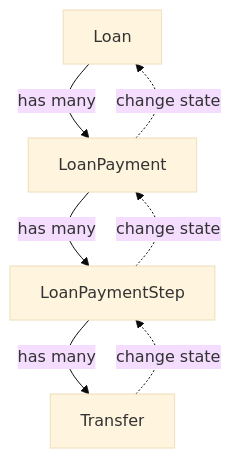
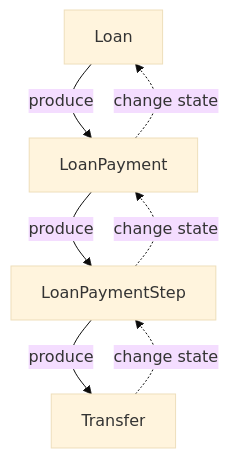
Before and after one commit to jangot/archipelago-rules: the fourth of 5 diagrams in docs/loan-domain.md, drawn with Mermaid (base theme). The commit also changed other lines of this file, not shown here.

````diff
--- a/docs/loan-domain.md
+++ b/docs/loan-domain.md
@@ -499,10 +499,10 @@
 ```mermaid
 flowchart TD
-    Loan --has many--> LoanPayment
-    LoanPayment --has many--> LoanPaymentStep
-    LoanPaymentStep --has many--> Transfer
+    Loan --produce--> LoanPayment
+    LoanPayment --produce--> LoanPaymentStep
+    LoanPaymentStep --produce--> Transfer
 
     Transfer -.change state.-> LoanPaymentStep
     LoanPaymentStep -.change state.-> LoanPayment
     LoanPayment -.change state.-> Loan
 ```
````
